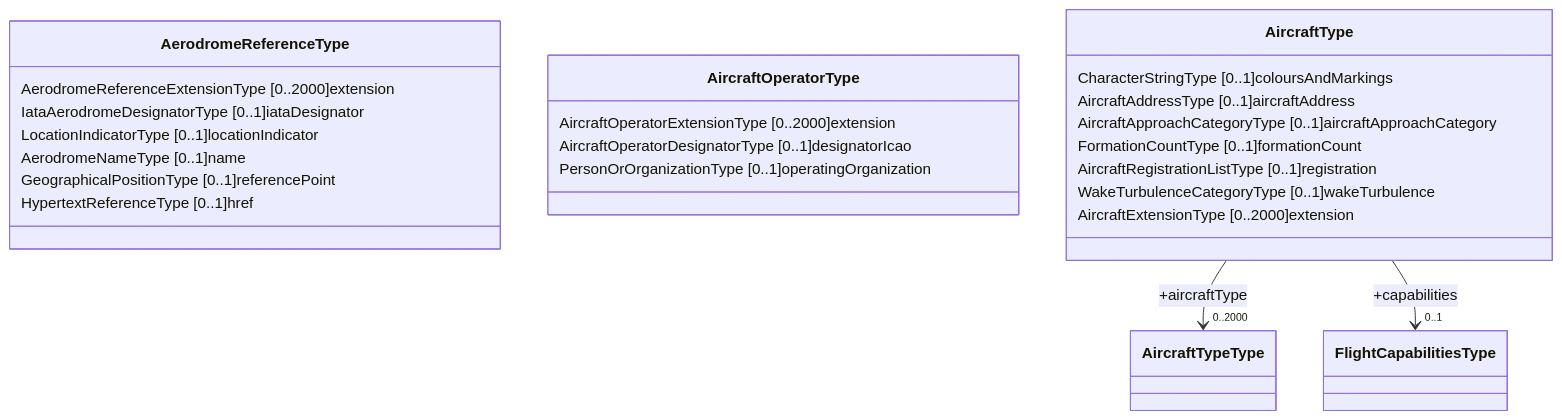
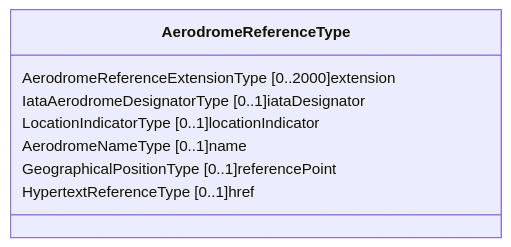
Before and after one commit to du-lapin/test_docsify: the third of 3 diagrams in docs/fixm/FIXM_UML_in_mermaid.md, drawn with Mermaid. The commit also changed other lines of this file, not shown here.

````diff
--- a/docs/fixm/FIXM_UML_in_mermaid.md
+++ b/docs/fixm/FIXM_UML_in_mermaid.md
@@ -44,21 +24,10 @@
 ```mermaid
 classDiagram
+class AerodromeReferenceType	
 AerodromeReferenceType : AerodromeReferenceExtensionType [0..2000]extension	
 AerodromeReferenceType : IataAerodromeDesignatorType [0..1]iataDesignator	
 AerodromeReferenceType : LocationIndicatorType [0..1]locationIndicator	
 AerodromeReferenceType : AerodromeNameType [0..1]name	
 AerodromeReferenceType : GeographicalPositionType [0..1]referencePoint	
 AerodromeReferenceType : HypertextReferenceType [0..1]href	
-AircraftOperatorType : AircraftOperatorExtensionType [0..2000]extension	
-AircraftOperatorType : AircraftOperatorDesignatorType [0..1]designatorIcao	
-AircraftOperatorType : PersonOrOrganizationType [0..1]operatingOrganization	
-AircraftType : CharacterStringType [0..1]coloursAndMarkings	
-AircraftType : AircraftAddressType [0..1]aircraftAddress	
-AircraftType : AircraftApproachCategoryType [0..1]aircraftApproachCategory	
-AircraftType --> "0..2000" AircraftTypeType : +aircraftType	
-AircraftType --> "0..1" FlightCapabilitiesType : +capabilities	
-AircraftType : FormationCountType [0..1]formationCount	
-AircraftType : AircraftRegistrationListType [0..1]registration	
-AircraftType : WakeTurbulenceCategoryType [0..1]wakeTurbulence	
-AircraftType : AircraftExtensionType [0..2000]extension	
 ```
````
